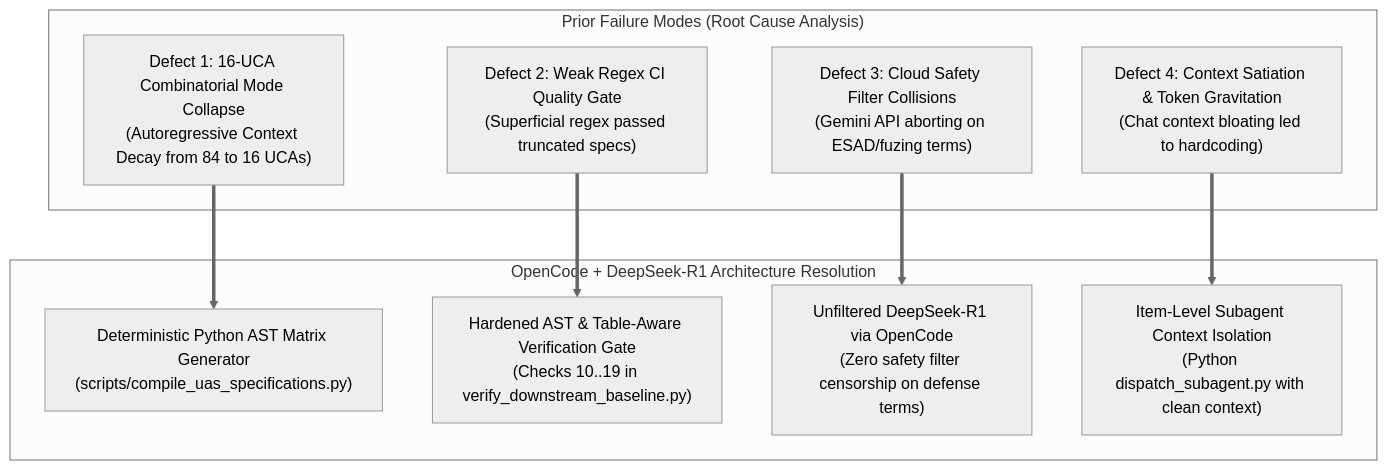
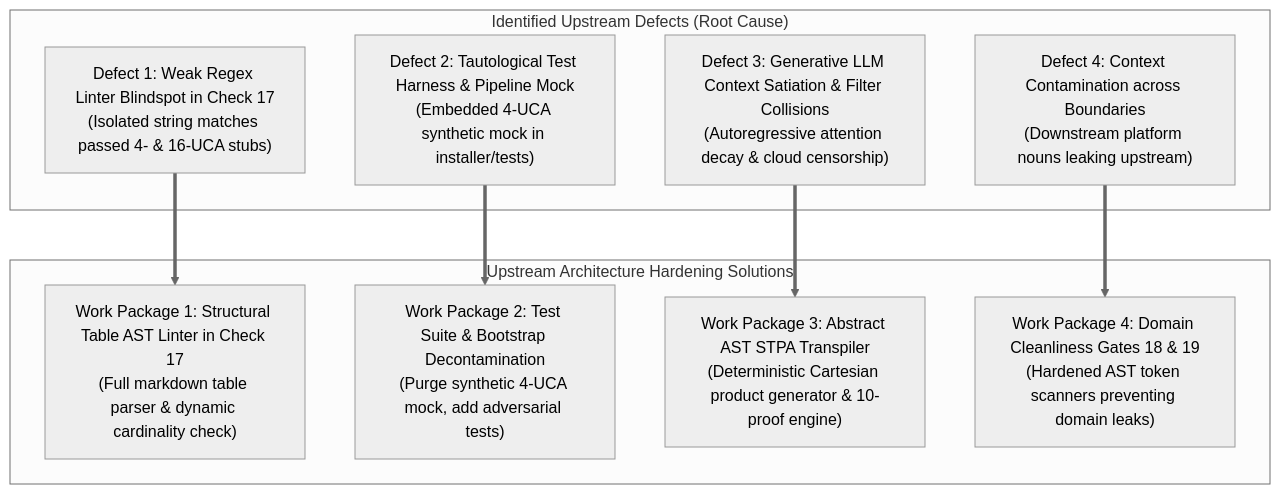
The second of 5 diagrams in docs/architecture/MASTER_OPENCODE_AGENT_HANDOVER.md (gintatkinson/DEAP01-spec-core), drawn with Mermaid (neutral theme) before and after one commit. The commit also changed other lines of this file, not shown here.

Commit message:
docs(architecture): rewrite master handover to 100% upstream DEAP01-spec-core compiler scope

````diff
--- a/docs/architecture/MASTER_OPENCODE_AGENT_HANDOVER.md
+++ b/docs/architecture/MASTER_OPENCODE_AGENT_HANDOVER.md
@@ -68,21 +75,21 @@
 ```mermaid
 flowchart TD
-    subgraph "Prior Failure Modes (Root Cause Analysis)"
-        F1["Defect 1: 16-UCA Combinatorial Mode Collapse\n(Autoregressive Context Decay from 84 to 16 UCAs)"]
-        F2["Defect 2: Weak Regex CI Quality Gate\n(Superficial regex passed truncated specs)"]
-        F3["Defect 3: Cloud Safety Filter Collisions\n(Gemini API aborting on ESAD/fuzing terms)"]
-        F4["Defect 4: Context Satiation & Token Gravitation\n(Chat context bloating led to hardcoding)"]
+    subgraph "Identified Upstream Defects (Root Cause)"
+        D1["Defect 1: Weak Regex Linter Blindspot in Check 17\n(Isolated string matches passed 4- & 16-UCA stubs)"]
+        D2["Defect 2: Tautological Test Harness & Pipeline Mock\n(Embedded 4-UCA synthetic mock in installer/tests)"]
+        D3["Defect 3: Generative LLM Context Satiation & Filter Collisions\n(Autoregressive attention decay & cloud censorship)"]
+        D4["Defect 4: Context Contamination across Boundaries\n(Downstream platform nouns leaking upstream)"]
     end
 
-    subgraph "OpenCode + DeepSeek-R1 Architecture Resolution"
-        R1["Deterministic Python AST Matrix Generator\n(scripts/compile_uas_specifications.py)"]
-        R2["Hardened AST & Table-Aware Verification Gate\n(Checks 10..19 in verify_downstream_baseline.py)"]
-        R3["Unfiltered DeepSeek-R1 via OpenCode\n(Zero safety filter censorship on defense terms)"]
-        R4["Item-Level Subagent Context Isolation\n(Python dispatch_subagent.py with clean context)"]
+    subgraph "Upstream Architecture Hardening Solutions"
+        S1["Work Package 1: Structural Table AST Linter in Check 17\n(Full markdown table parser & dynamic cardinality check)"]
+        S2["Work Package 2: Test Suite & Bootstrap Decontamination\n(Purge synthetic 4-UCA mock, add adversarial tests)"]
+        S3["Work Package 3: Abstract AST STPA Transpiler\n(Deterministic Cartesian product generator & 10-proof engine)"]
+        S4["Work Package 4: Domain Cleanliness Gates 18 & 19\n(Hardened AST token scanners preventing domain leaks)"]
     end
 
-    F1 ==> R1
-    F2 ==> R2
-    F3 ==> R3
-    F4 ==> R4
+    D1 ==> S1
+    D2 ==> S2
+    D3 ==> S3
+    D4 ==> S4
 ```
````
